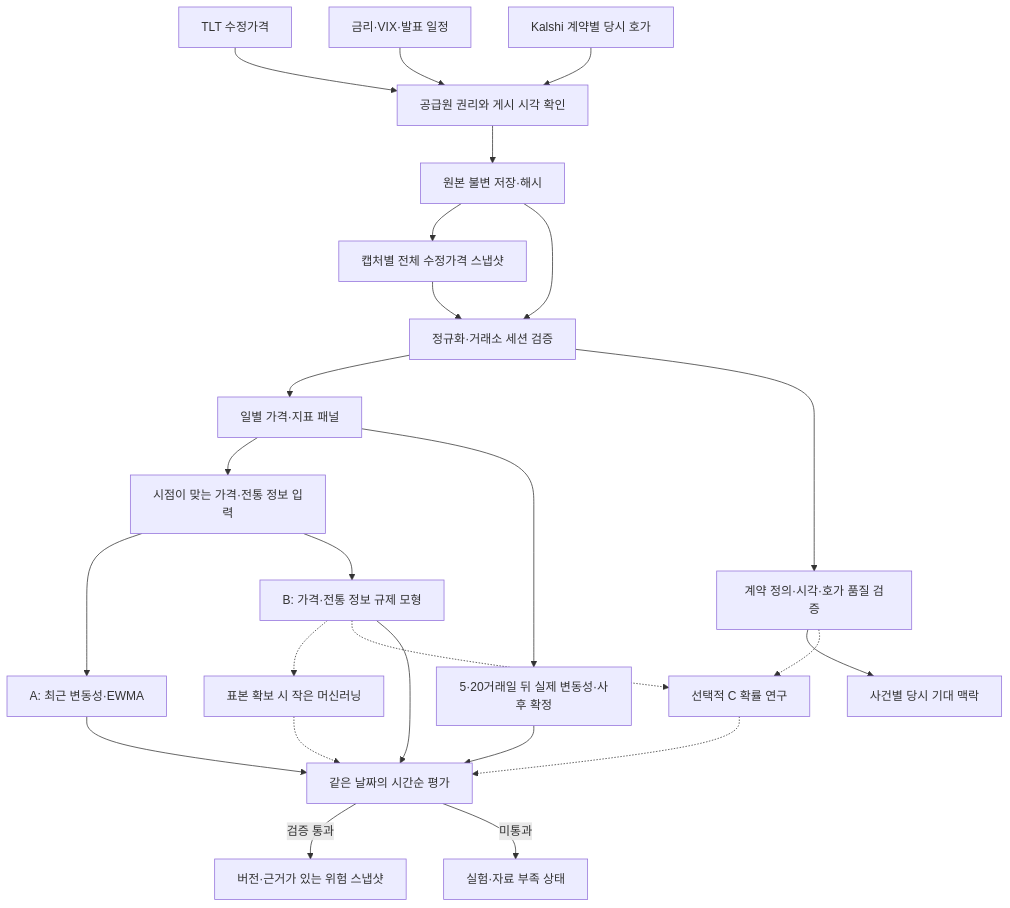
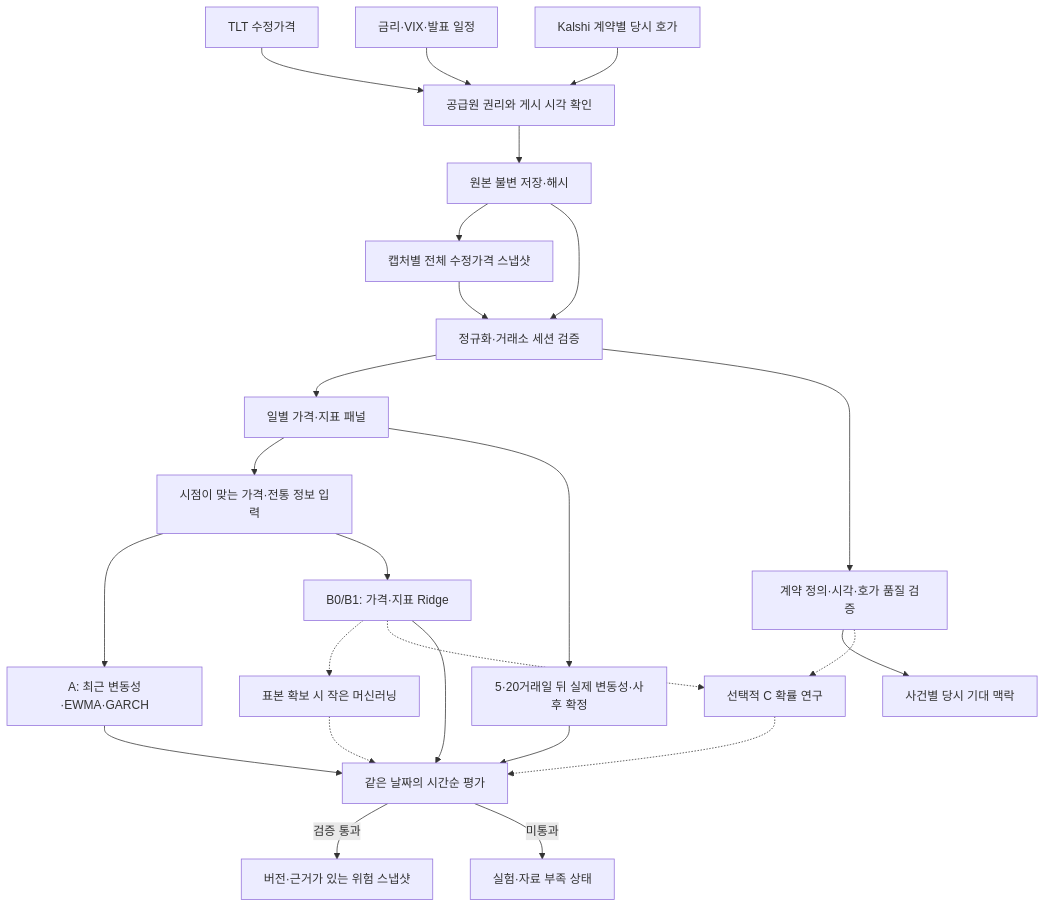
One commit to AnDev77/ShockGarph_AI changed the first of 2 diagrams in docs/project-flow.md. Above: the diagram before and after it, drawn with Mermaid. The commit also changed other lines of this file and 13 other files, not shown here.

````diff
--- a/docs/project-flow.md
+++ b/docs/project-flow.md
@@ -12,27 +12,27 @@
 ```mermaid
 flowchart TB
     T["TLT 수정가격"] --> G["공급원 권리와 게시 시각 확인"]
     X["금리·VIX·발표 일정"] --> G
     K["Kalshi 계약별 당시 호가"] --> G
     G --> R["원본 불변 저장·해시"]
     R --> V["캡처별 전체 수정가격 스냅샷"]
     R --> N
     V --> N["정규화·거래소 세션 검증"]
     N --> D["일별 가격·지표 패널"]
     N --> H["계약 정의·시각·호가 품질 검증"]
     H --> CTX["사건별 당시 기대 맥락"]
     D --> I["시점이 맞는 가격·전통 정보 입력"]
     D --> Y["5·20거래일 뒤 실제 변동성·사후 확정"]
-    I --> B["A: 최근 변동성·EWMA"]
-    I --> M["B: 가격·전통 정보 규제 모형"]
+    I --> B["A: 최근 변동성·EWMA·GARCH"]
+    I --> M["B0/B1: 가격·지표 Ridge"]
     M -.-> ML["표본 확보 시 작은 머신러닝"]
     M -.-> P["선택적 C 확률 연구"]
     H -.-> P
     B --> E["같은 날짜의 시간순 평가"]
     M --> E
     P -.-> E
     ML -.-> E
     Y --> E
     E -->|검증 통과| S["버전·근거가 있는 위험 스냅샷"]
     E -->|미통과| U["실험·자료 부족 상태"]
 ```
````
